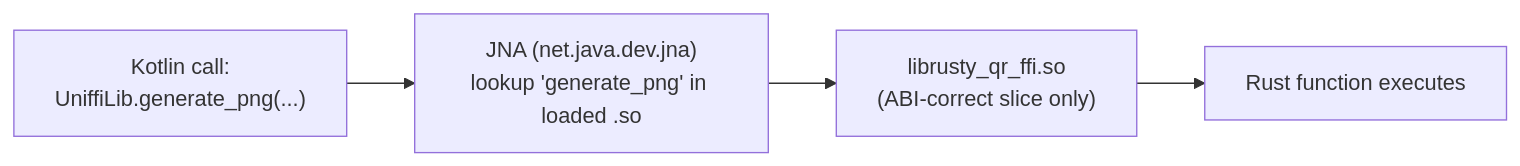
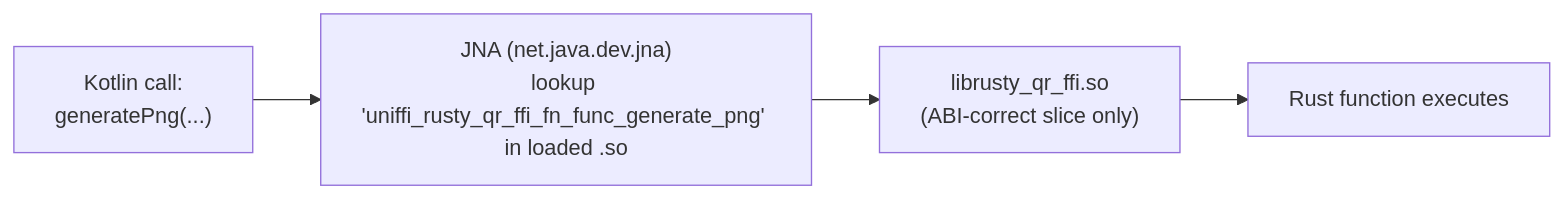
Before and after one commit to prasannajeet/RustyQR: the third of 7 diagrams in docs/ARCHITECTURE.md, drawn with Mermaid. The commit also changed other lines of this file and 25 other files, not shown here.

````diff
--- a/docs/ARCHITECTURE.md
+++ b/docs/ARCHITECTURE.md
@@ -240,9 +291,9 @@
 ```mermaid
 graph LR
-    A["Kotlin call:<br/>UniffiLib.generate_png(...)"]
-    B["JNA (net.java.dev.jna)<br/>lookup 'generate_png' in loaded .so"]
+    A["Kotlin call:<br/>generatePng(...)"]
+    B["JNA (net.java.dev.jna)<br/>lookup 'uniffi_rusty_qr_ffi_fn_func_generate_png' in loaded .so"]
     C["librusty_qr_ffi.so<br/>(ABI-correct slice only)"]
     D["Rust function executes"]
 
     A --> B --> C --> D
 ```
````
